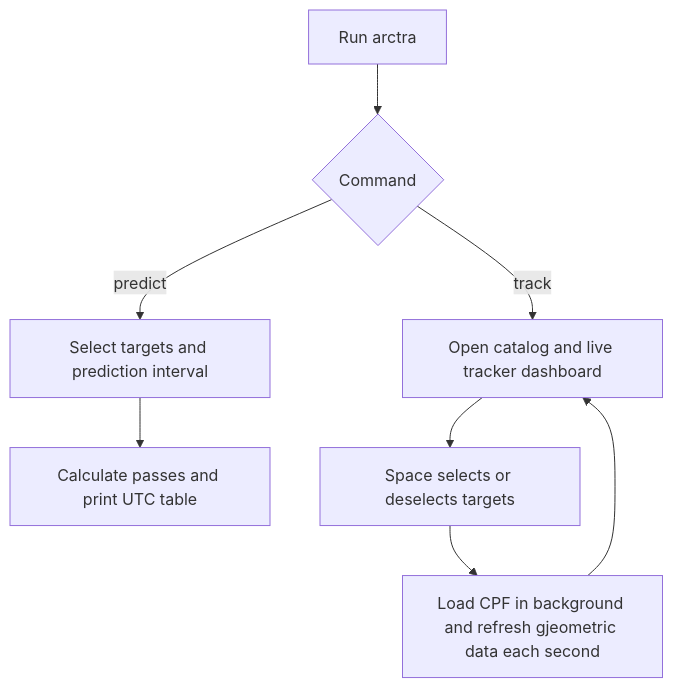
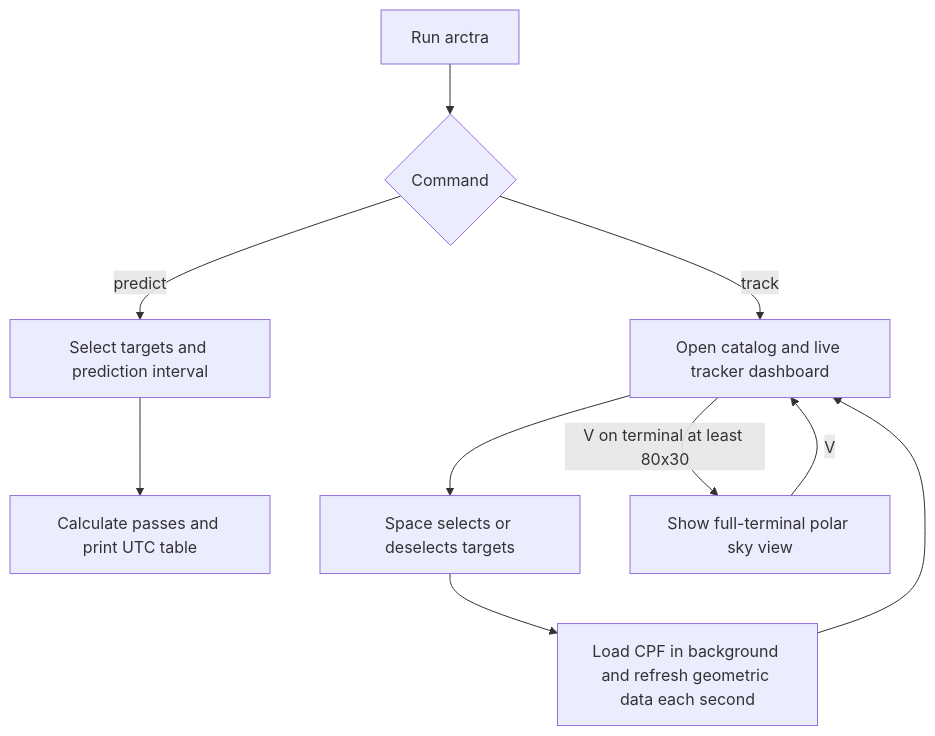
The first of 3 diagrams in docs/software-flow.md (jonleithe/arctra), drawn with Mermaid before and after one commit. The commit also changed other lines of this file and 3 other files, not shown here.

````diff
--- a/docs/software-flow.md
+++ b/docs/software-flow.md
@@ -14,10 +14,12 @@
 ```mermaid
 flowchart TD
     Start[Run arctra] --> Command{Command}
     Command -- predict --> Predict[Select targets and prediction interval]
     Predict --> Table[Calculate passes and print UTC table]
     Command -- track --> Track[Open catalog and live tracker dashboard]
     Track --> Select[Space selects or deselects targets]
-    Select --> Live[Load CPF in background and refresh gjeometric data each second]
+    Select --> Live[Load CPF in background and refresh geometric data each second]
     Live --> Track
+    Track -- V on terminal at least 80x30 --> Sky[Show full-terminal polar sky view]
+    Sky -- V --> Track
 ```
````
